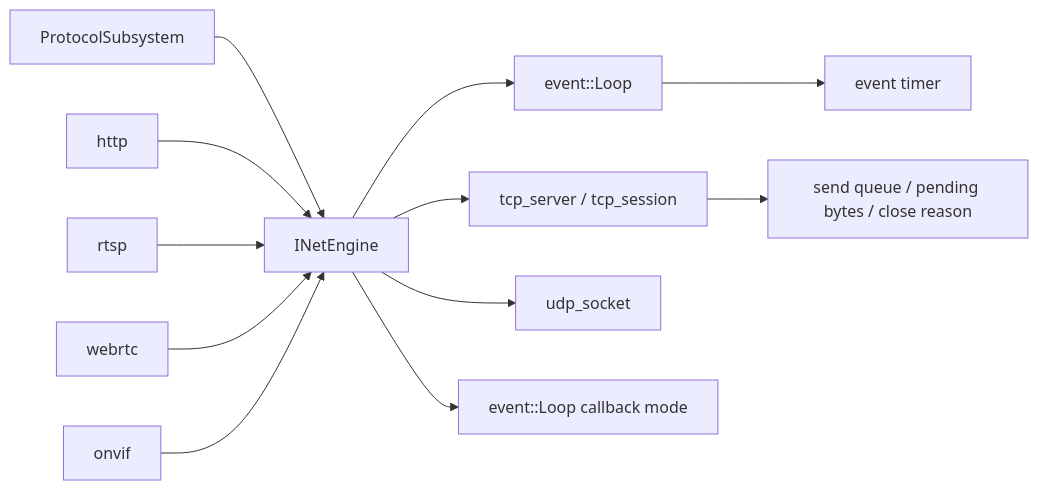
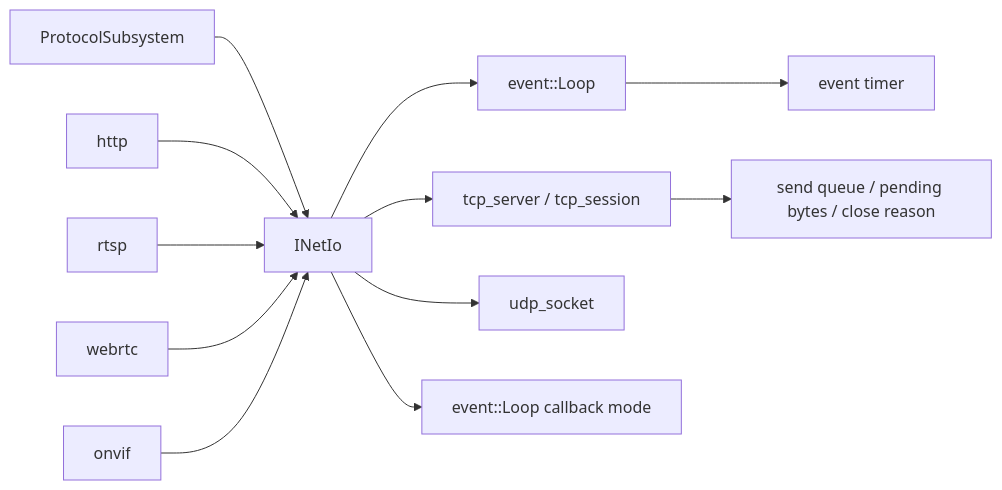
One commit to 373699756/live_stream changed the diagram in docs/libs/net.md. Above: the diagram before and after it, drawn with Mermaid. The commit also changed other lines of this file and 153 other files, not shown here.

````diff
--- a/docs/libs/net.md
+++ b/docs/libs/net.md
@@ -16,14 +16,14 @@
 ```mermaid
 flowchart LR
-  Protocol[ProtocolSubsystem] --> Net[INetEngine]
+  Protocol[ProtocolSubsystem] --> Net[INetIo]
   Net --> Loop[event::Loop]
   Loop --> Timer[event timer]
   Net --> TCP[tcp_server / tcp_session]
   Net --> UDP[udp_socket]
   TCP --> Queue[send queue / pending bytes / close reason]
   Net --> CallbackLoop[event::Loop callback mode]
   HTTP[http] --> Net
   RTSP[rtsp] --> Net
   WebRTC[webrtc] --> Net
   ONVIF[onvif] --> Net
 ```
````
